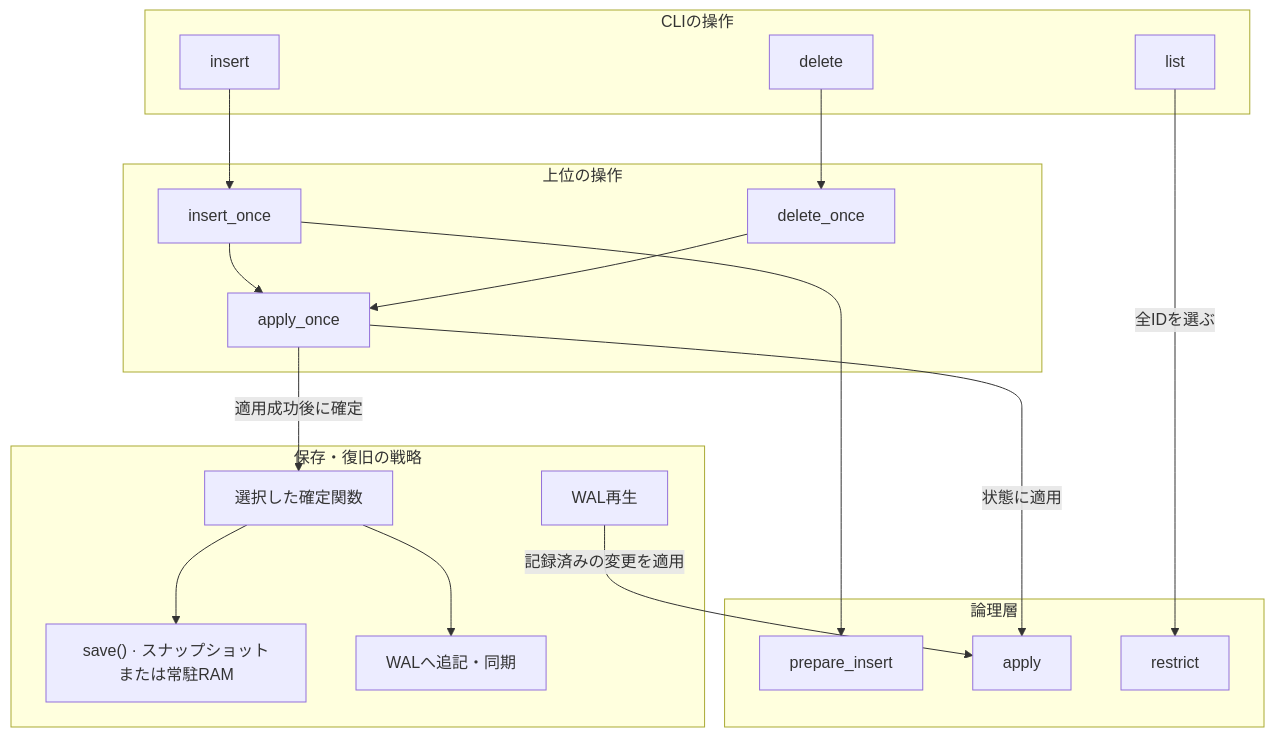
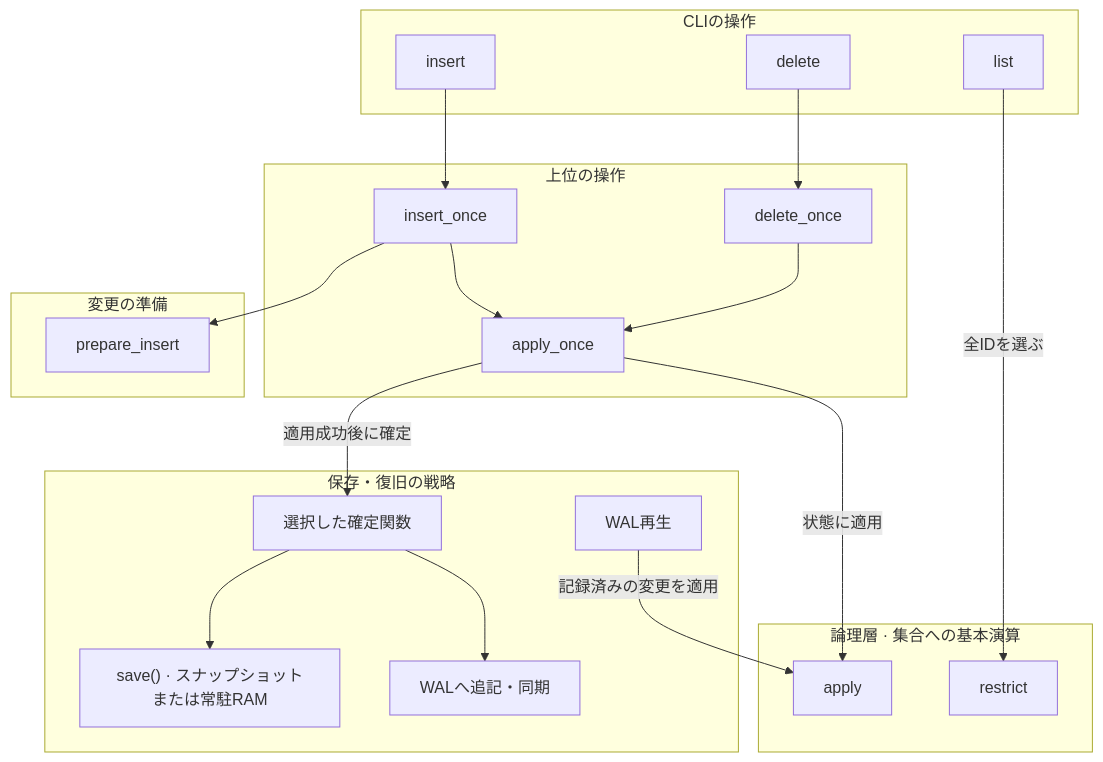
The first of 2 diagrams in README.ja.md (YoshiakiNishimura/persist-collections), drawn with Mermaid before and after one commit. The commit also changed other lines of this file and 1 other file, not shown here.

Commit message:
Separate insert preparation from logical primitives

````diff
--- a/README.ja.md
+++ b/README.ja.md
@@ -64,39 +64,42 @@
 ```mermaid
 flowchart TD
     subgraph CLI["CLIの操作"]
         Insert["insert"]
         Delete["delete"]
         List["list"]
     end
 
     subgraph Upper["上位の操作"]
         InsertOnce["insert_once"]
         DeleteOnce["delete_once"]
         ApplyOnce["apply_once"]
     end
 
-    subgraph Logical["論理層"]
+    subgraph Preparation["変更の準備"]
         Prepare["prepare_insert"]
+    end
+
+    subgraph Logical["論理層 · 集合への基本演算"]
         Apply["apply"]
         Restrict["restrict"]
     end
 
     subgraph Storage["保存・復旧の戦略"]
         Commit["選択した確定関数"]
         Save["save() · スナップショットまたは常駐RAM"]
         Append["WALへ追記・同期"]
         Replay["WAL再生"]
     end
 
     Insert --> InsertOnce
     Delete --> DeleteOnce
     List -->|"全IDを選ぶ"| Restrict
     InsertOnce --> Prepare
     InsertOnce --> ApplyOnce
     DeleteOnce --> ApplyOnce
     ApplyOnce -->|"状態に適用"| Apply
     ApplyOnce -->|"適用成功後に確定"| Commit
     Commit --> Save
     Commit --> Append
     Replay -->|"記録済みの変更を適用"| Apply
 ```
````
